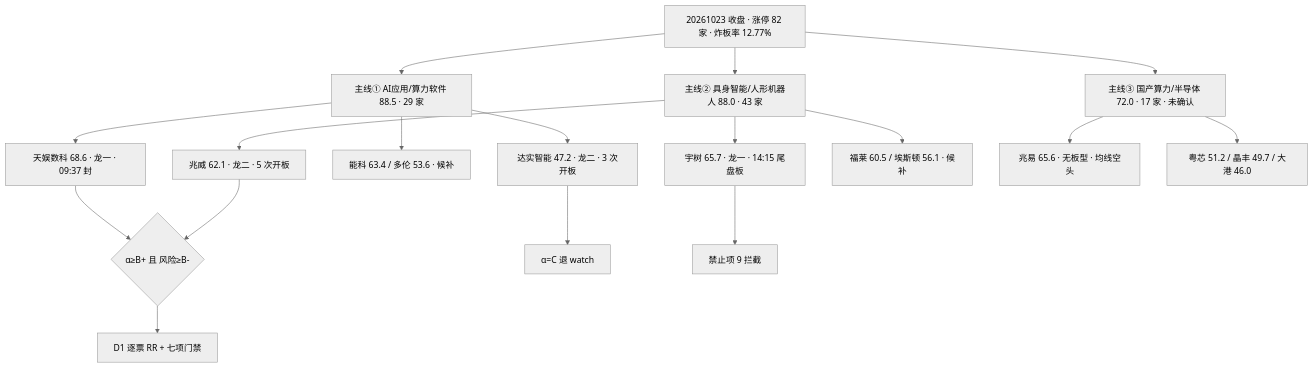
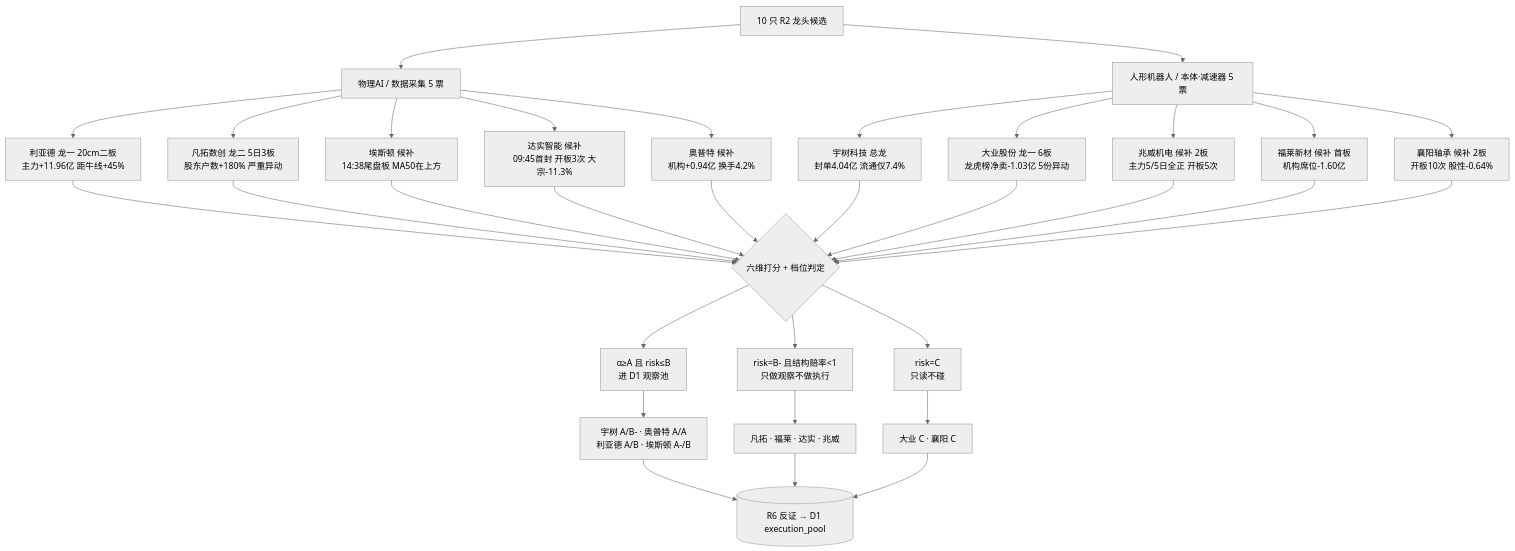
Before and after one commit to hesherchen-sketch/ray1992chzl: the diagram in content/投研交易/个股画像/20261026.md, drawn with Mermaid (neutral theme). The commit also changed other lines of this file and 16 other files, not shown here.

````diff
--- a/content/投研交易/个股画像/20261026.md
+++ b/content/投研交易/个股画像/20261026.md
@@ -70,19 +126,34 @@
 ```mermaid
 flowchart TD
-  A[20261023 收盘 · 涨停 82 家 · 炸板率 12.77%] --> B[主线① AI应用/算力软件 88.5 · 29 家]
-  A --> C[主线② 具身智能/人形机器人 88.0 · 43 家]
-  A --> D[主线③ 国产算力/半导体 72.0 · 17 家 · 未确认]
-  B --> B1[天娱数科 68.6 · 龙一 · 09:37 封]
-  B --> B2[达实智能 47.2 · 龙二 · 3 次开板]
-  B --> B3[能科 63.4 / 多伦 53.6 · 候补]
-  C --> C1[宇树 65.7 · 龙一 · 14:15 尾盘板]
-  C --> C2[兆威 62.1 · 龙二 · 5 次开板]
-  C --> C3[福莱 60.5 / 埃斯顿 56.1 · 候补]
-  D --> D1[兆易 65.6 · 无板型 · 均线空头]
-  D --> D2[粤芯 51.2 / 晶丰 49.7 / 大港 46.0]
-  B1 --> E{α≥B+ 且 风险≥B-}
-  C2 --> E
-  B2 --> F[α=C 退 watch]
-  C1 --> G[禁止项 9 拦截]
-  E --> H[D1 逐票 RR + 七项门禁]
+    A[10 只 R2 龙头候选] --> B[物理AI / 数据采集 5 票]
+    A --> C[人形机器人 / 本体·减速器 5 票]
+    B --> B1[利亚德 龙一 20cm二板<br/>主力+11.96亿 距牛线+45%]
+    B --> B2[凡拓数创 龙二 5日3板<br/>股东户数+180% 严重异动]
+    B --> B3[埃斯顿 候补<br/>14:38尾盘板 MA50在上方]
+    B --> B4[达实智能 候补<br/>09:45首封 开板3次 大宗-11.3%]
+    B --> B5[奥普特 候补<br/>机构+0.94亿 换手4.2%]
+    C --> C1[宇树科技 总龙<br/>封单4.04亿 流通仅7.4%]
+    C --> C2[大业股份 龙一 6板<br/>龙虎榜净卖-1.03亿 5份异动]
+    C --> C3[兆威机电 候补 2板<br/>主力5/5日全正 开板5次]
+    C --> C4[福莱新材 候补 首板<br/>机构席位-1.60亿]
+    C --> C5[襄阳轴承 候补 2板<br/>开板10次 股性-0.64%]
+    B1 --> D{六维打分 + 档位判定}
+    B2 --> D
+    B3 --> D
+    B4 --> D
+    B5 --> D
+    C1 --> D
+    C2 --> D
+    C3 --> D
+    C4 --> D
+    C5 --> D
+    D --> E1[α≥A 且 risk≤B<br/>进 D1 观察池]
+    D --> E2[risk=B- 且结构赔率<1<br/>只做观察不做执行]
+    D --> E3[risk=C<br/>只读不碰]
+    E1 --> F[宇树 A/B- · 奥普特 A/A<br/>利亚德 A/B · 埃斯顿 A-/B]
+    E2 --> G[凡拓 · 福莱 · 达实 · 兆威]
+    E3 --> H[大业 C · 襄阳 C]
+    F --> I[(R6 反证 → D1 execution_pool)]
+    G --> I
+    H --> I
 ```
````
